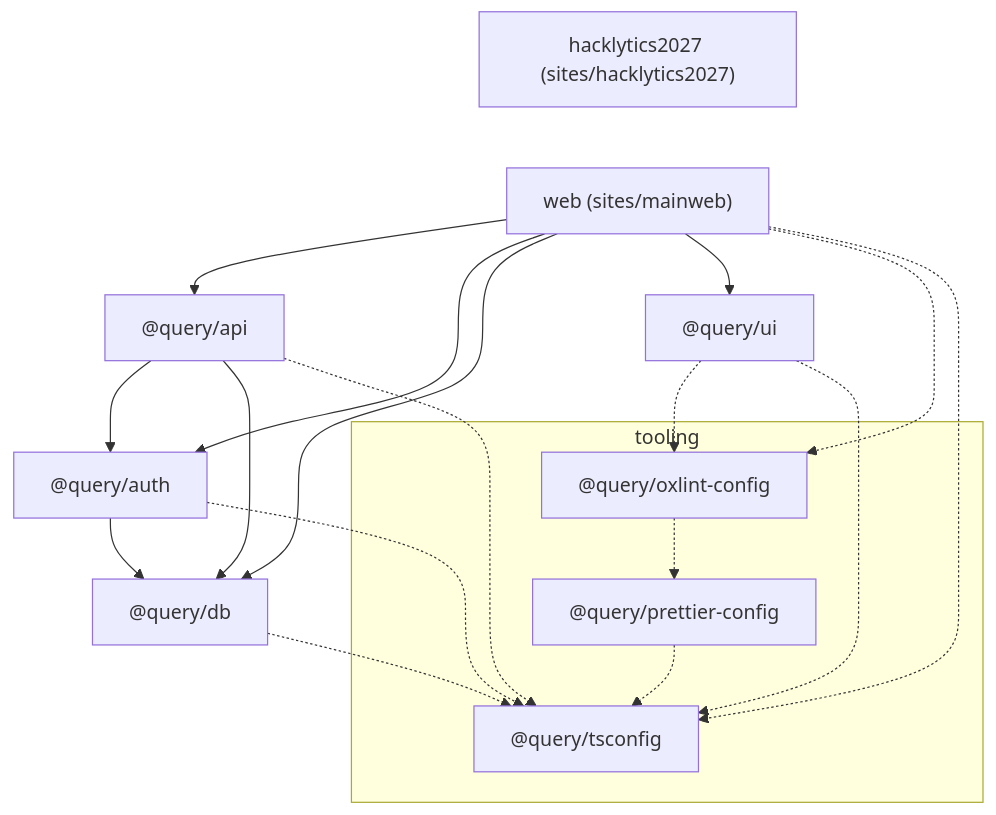
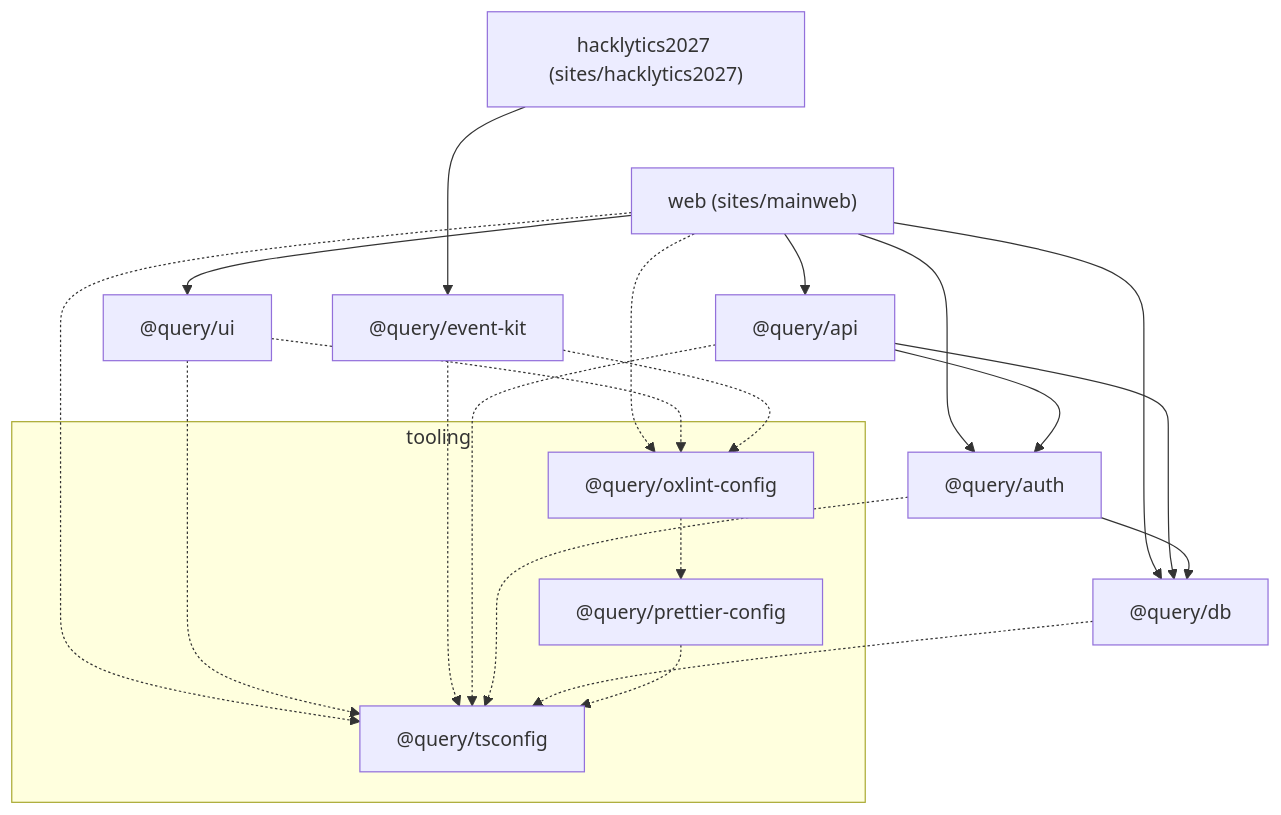
The first of 2 diagrams in docs/architecture.md (DataScience-GT/query), drawn with Mermaid before and after one commit. The commit also changed other lines of this file and 3 other files, not shown here.

Commit message:
docs: add the event kit page and update the Hacklytics 2027 and architecture pages

````diff
--- a/docs/architecture.md
+++ b/docs/architecture.md
@@ -38,32 +40,36 @@
 ```mermaid
 flowchart TD
   web["web (sites/mainweb)"]
   hack["hacklytics2027 (sites/hacklytics2027)"]
   api["@query/api"]
   auth["@query/auth"]
   db["@query/db"]
   ui["@query/ui"]
+  kit["@query/event-kit"]
   subgraph tooling["tooling"]
     oxlint["@query/oxlint-config"]
     prettier["@query/prettier-config"]
     tsconfig["@query/tsconfig"]
   end
 
   web --> api
   web --> auth
   web --> db
   web --> ui
+  hack --> kit
   api --> auth
   api --> db
   auth --> db
   web -.-> oxlint
   web -.-> tsconfig
   ui -.-> oxlint
   ui -.-> tsconfig
+  kit -.-> oxlint
+  kit -.-> tsconfig
   api -.-> tsconfig
   auth -.-> tsconfig
   db -.-> tsconfig
   oxlint -.-> prettier
   prettier -.-> tsconfig
   hack ~~~ web
 ```
````
